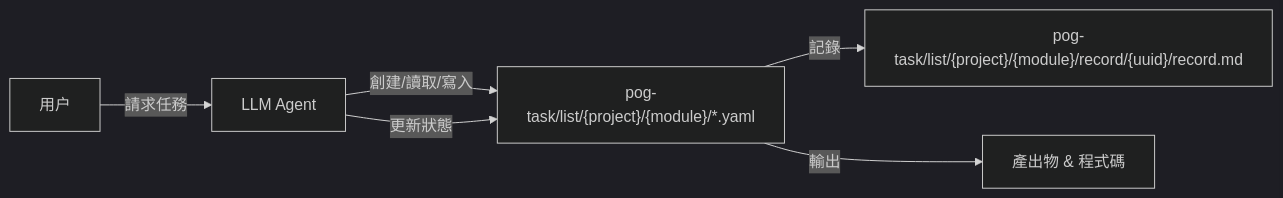
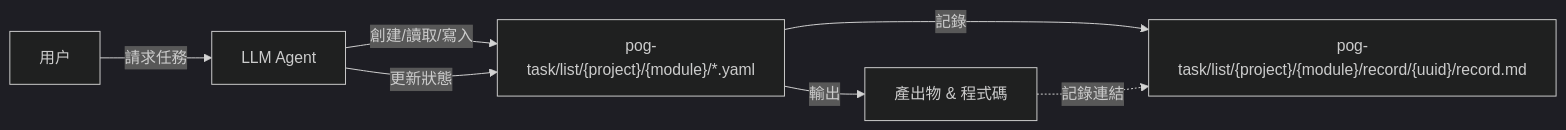
The first of 2 diagrams in docs/zh-tw/index.md (enjtorian/pog-task), drawn with Mermaid (dark theme) before and after one commit. The commit also changed other lines of this file and 8 other files, not shown here.

````diff
--- a/docs/zh-tw/index.md
+++ b/docs/zh-tw/index.md
@@ -89,8 +98,9 @@
 ```mermaid
 flowchart LR
     U[用户] -->|請求任務| A[LLM Agent]
     A -->|創建/讀取/寫入| TL["pog-task/list/{project}/{module}/*.yaml"]
     TL -->|記錄| R["pog-task/list/{project}/{module}/record/{uuid}/record.md"]
     A -->|更新狀態| TL
     TL -->|輸出| O[產出物 & 程式碼]
+    O -.->|記錄連結| R
 ```
````
